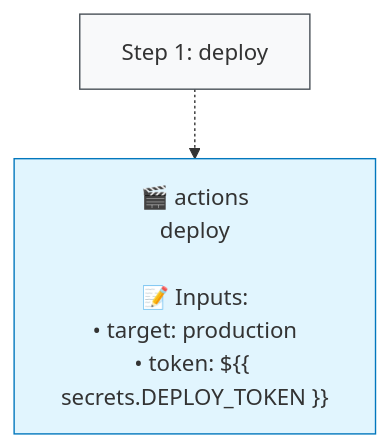
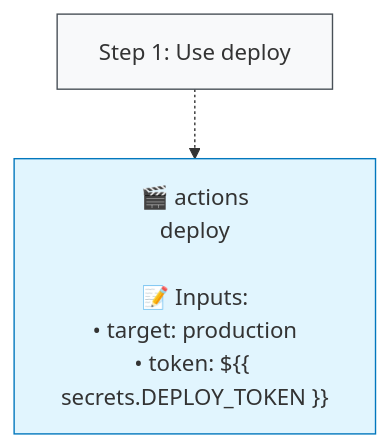
One commit to typeflows/typeflows changed the third of 3 diagrams in jvm/examples/gradle/.github/typeflows/deploy/README.md. Above: the diagram before and after it, drawn with Mermaid. The commit also changed other lines of this file and 13 other files, not shown here.

````diff
--- a/jvm/examples/gradle/.github/typeflows/deploy/README.md
+++ b/jvm/examples/gradle/.github/typeflows/deploy/README.md
@@ -61,9 +61,9 @@
 ```mermaid
 %%{init: {"flowchart": {"curve": "basis"}}}%%
 flowchart TD
-    step1["Step 1: deploy"]
+    step1["Step 1: Use deploy"]
     style step1 fill:#f8f9fa,stroke:#495057
     action1["🎬 actions<br/>deploy<br/><br/>📝 Inputs:<br/>• target: production<br/>• token: ${{ secrets.DEPLOY_TOKEN }}"]
     style action1 fill:#e1f5fe,stroke:#0277bd
     step1 -.-> action1
 ```
````
